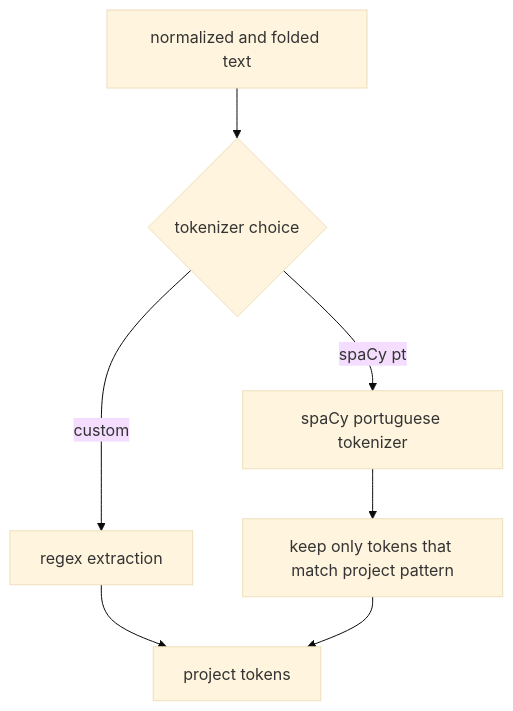
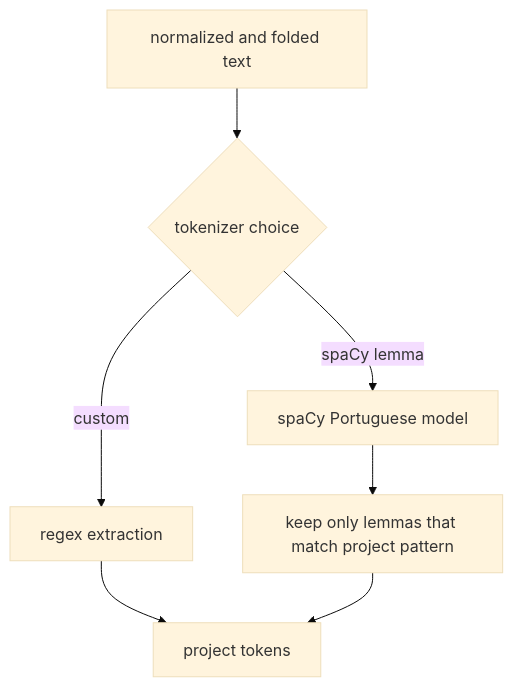
One commit to vicmcorrea/PLN-core changed the diagram in docs/processes/04_tokenization.md. Above: the diagram before and after it, drawn with Mermaid (base theme). The commit also changed other lines of this file and 13 other files, not shown here.

First line of the commit message:
feat: integrate spaCy Portuguese lemmatizer into analysis pipeline

````diff
--- a/docs/processes/04_tokenization.md
+++ b/docs/processes/04_tokenization.md
@@ -30,9 +30,9 @@
 ```mermaid
 flowchart TD
     A[normalized and folded text] --> B{tokenizer choice}
     B -->|custom| C[regex extraction]
-    B -->|spaCy pt| D[spaCy portuguese tokenizer]
-    D --> E[keep only tokens that match project pattern]
+    B -->|spaCy lemma| D[spaCy Portuguese model]
+    D --> E[keep only lemmas that match project pattern]
     C --> F[project tokens]
     E --> F
 ```
````
